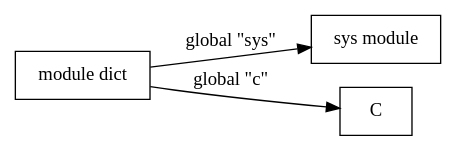
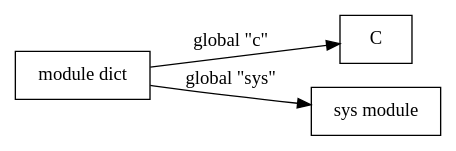
One commit to ajdavis/what-to-expect-when-youre-expiring changed the diagram in dot/example_1_0_2.dot. Above: the diagram before and after it, drawn with Graphviz. The commit also changed other lines of this file and 21 other files, not shown here.

```diff
--- a/dot/example_1_0_2.dot
+++ b/dot/example_1_0_2.dot
@@ -1,8 +1,8 @@
 digraph module {
     rankdir = LR
     module [shape = rect; label = "module dict"]
+    C [shape = rect]
     sys [shape = rect; label = "sys module"]
-    C [shape = rect]
     module -> sys [label = "global \"sys\""]
     module -> C [label = "global \"c\""]
 }
```
